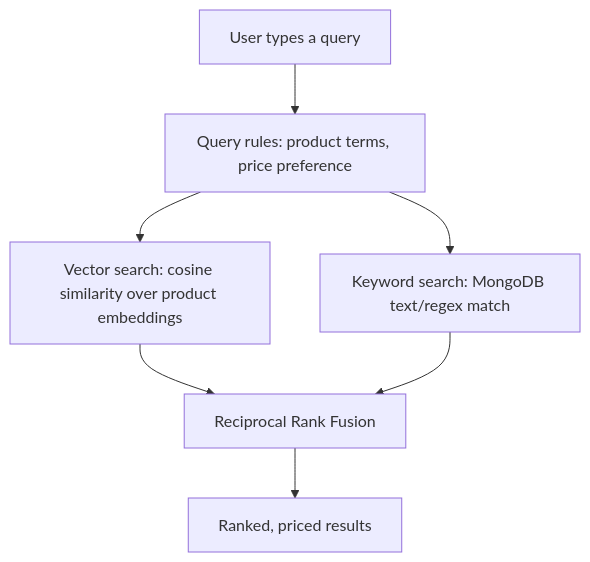
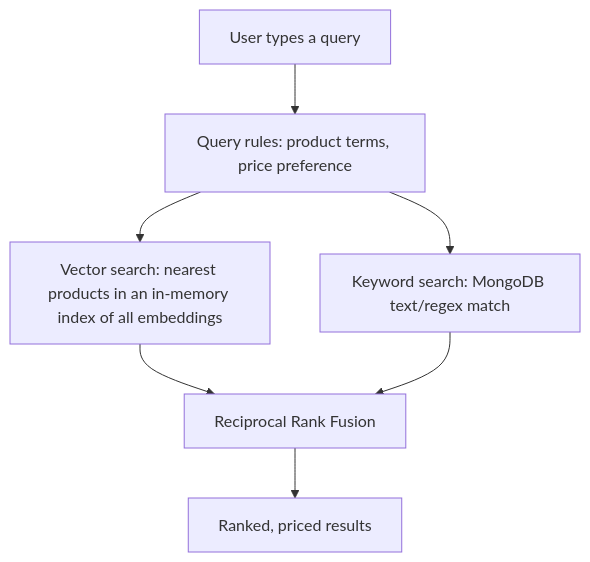
The first of 2 diagrams in apps/docs/concepts/search-and-recipes.md (martintrifunov/obrok), drawn with Mermaid before and after one commit. The commit also changed 18 other files, not shown here.

Commit message:
feat(search): search an in-memory vector index and store embeddings packed

````diff
--- a/apps/docs/concepts/search-and-recipes.md
+++ b/apps/docs/concepts/search-and-recipes.md
@@ -17,9 +17,9 @@
 ```mermaid
 flowchart TD
     A[User types a query] --> B[Query rules: product terms, price preference]
-    B --> C[Vector search: cosine similarity over product embeddings]
+    B --> C[Vector search: nearest products in an in-memory index of all embeddings]
     B --> D[Keyword search: MongoDB text/regex match]
     C --> E[Reciprocal Rank Fusion]
     D --> E
     E --> F[Ranked, priced results]
 ```
````
